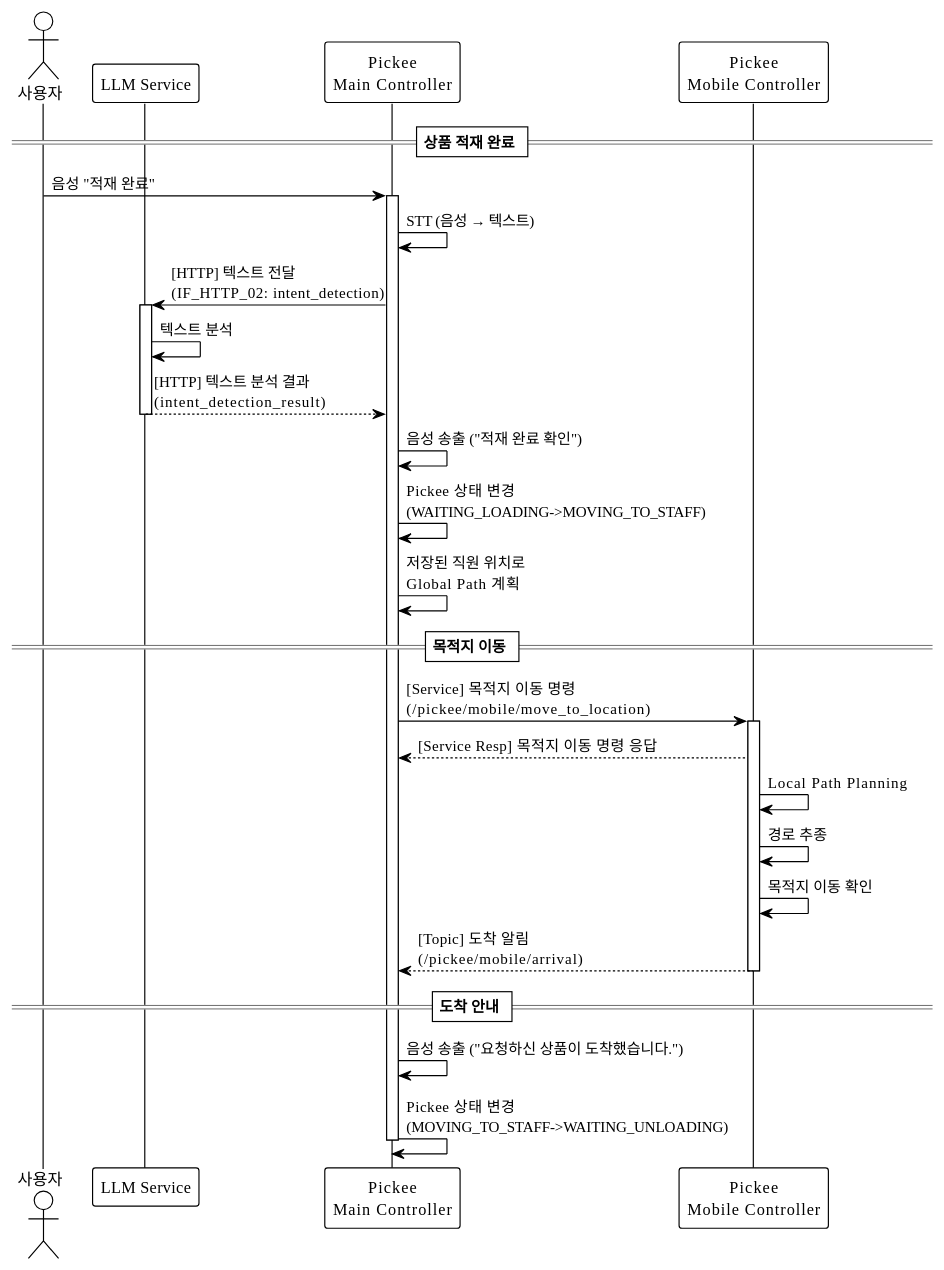
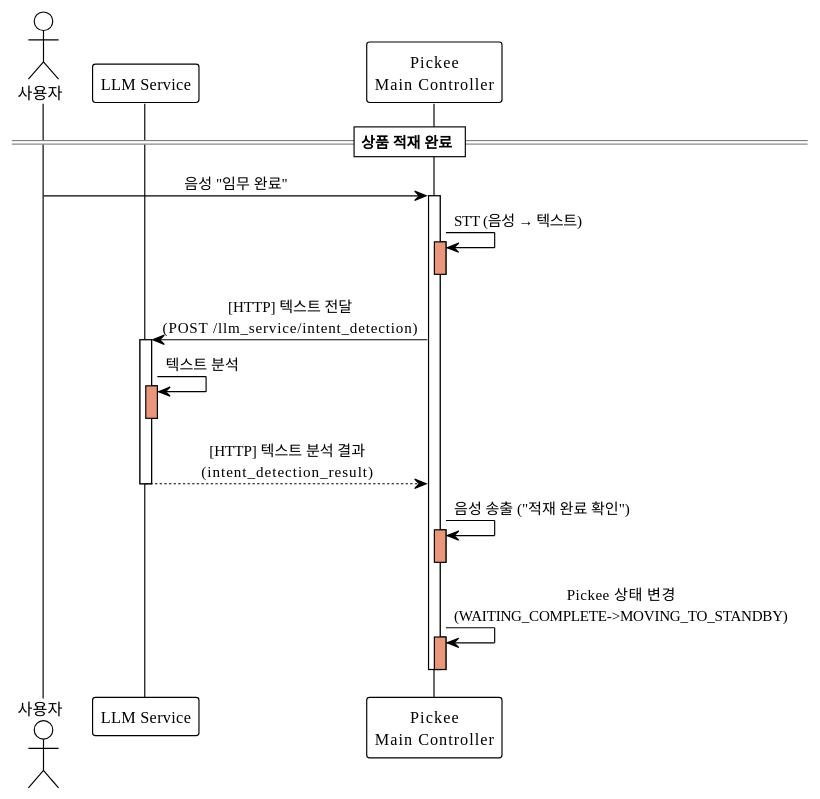
The diagram in docs/SequenceDiagram/SC_06_5.md (addinedu-roscamp-7th/roscamp-repo-1), drawn with PlantUML before and after one commit. The commit also changed 40 other files, not shown here.

```diff
--- a/docs/SequenceDiagram/SC_06_5.md
+++ b/docs/SequenceDiagram/SC_06_5.md
@@ -1,46 +1,39 @@
 @startuml SC_06_5_Pickee_적재완료및이동
 !theme plain
+skinparam backgroundColor #FFFFFF
+skinparam sequenceMessageAlign center
 
-actor 사용자
+actor "사용자" as user
 participant "LLM Service" as llm
 participant "Pickee\nMain Controller" as pickee_main
-participant "Pickee\nMobile Controller" as pickee_mobile
 
 == 상품 적재 완료 ==
 
-사용자 -> pickee_main: 음성 "적재 완료"
+user -> pickee_main: 음성 "임무 완료"
 activate pickee_main
+
 pickee_main -> pickee_main: STT (음성 → 텍스트)
-pickee_main -> llm: [HTTP] 텍스트 전달\n(IF_HTTP_02: intent_detection)
+activate pickee_main #DarkSalmon
+deactivate pickee_main
+
+pickee_main -> llm: [HTTP] 텍스트 전달\n(POST /llm_service/intent_detection)
 activate llm
+
 llm -> llm: 텍스트 분석
+activate llm #DarkSalmon
+deactivate llm
+
 llm --> pickee_main: [HTTP] 텍스트 분석 결과\n(intent_detection_result)
 deactivate llm
 
 pickee_main -> pickee_main: 음성 송출 ("적재 완료 확인")
+activate pickee_main #DarkSalmon
+deactivate pickee_main
 
-pickee_main -> pickee_main: Pickee 상태 변경\n(WAITING_LOADING->MOVING_TO_STAFF)
-
-pickee_main -> pickee_main: 저장된 직원 위치로\nGlobal Path 계획
-
-== 목적지 이동 ==
-
-pickee_main -> pickee_mobile: [Service] 목적지 이동 명령\n(/pickee/mobile/move_to_location)
-activate pickee_mobile
-pickee_mobile --> pickee_main: [Service Resp] 목적지 이동 명령 응답
-
-pickee_mobile -> pickee_mobile: Local Path Planning
-pickee_mobile -> pickee_mobile: 경로 추종
-pickee_mobile -> pickee_mobile: 목적지 이동 확인
-pickee_mobile --> pickee_main: [Topic] 도착 알림\n(/pickee/mobile/arrival)
-deactivate pickee_mobile
-
-== 도착 안내 ==
-
-pickee_main -> pickee_main: 음성 송출 ("요청하신 상품이 도착했습니다.")
-
-pickee_main -> pickee_main: Pickee 상태 변경\n(MOVING_TO_STAFF->WAITING_UNLOADING)
+pickee_main -> pickee_main: Pickee 상태 변경\n(WAITING_COMPLETE->MOVING_TO_STANDBY)
+activate pickee_main #DarkSalmon
+deactivate pickee_main
 
 deactivate pickee_main
 
 @enduml
```
